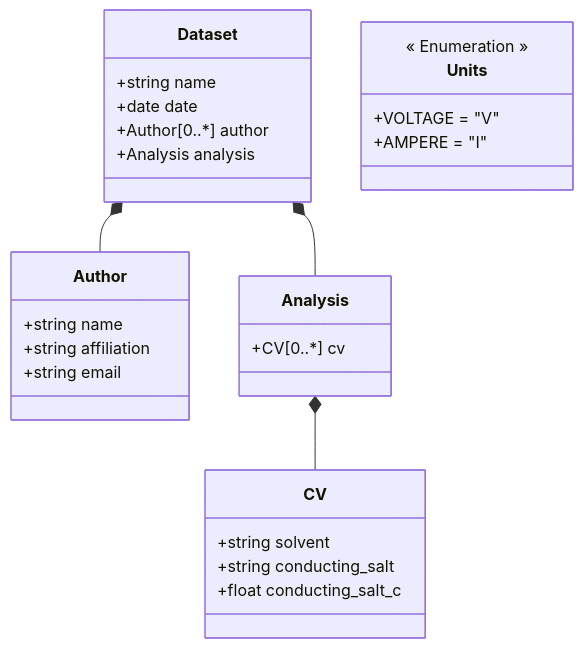
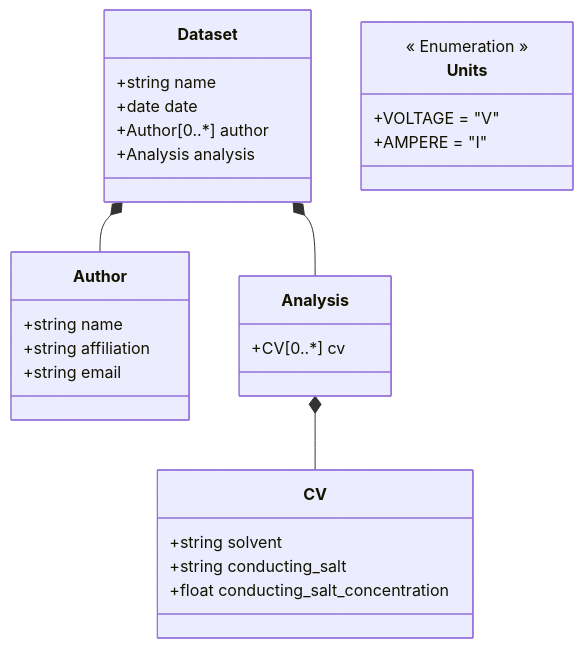
The diagram in ElectrochemistryDataModel/schemes/Datamodel for Electrochemistry.md (FAIRChemistry/datamodel-electrochemistry), drawn with Mermaid before and after one commit. The commit also changed 5 other files, not shown here.

````diff
--- a/ElectrochemistryDataModel/schemes/Datamodel for Electrochemistry.md
+++ b/ElectrochemistryDataModel/schemes/Datamodel for Electrochemistry.md
@@ -1,36 +1,36 @@
 ```mermaid
 classDiagram
     Dataset *-- Author
     Dataset *-- Analysis
     Analysis *-- CV
     
     class Dataset {
         +string name
         +date date
         +Author[0..*] author
         +Analysis analysis
     }
     
     class Analysis {
         +CV[0..*] cv
     }
     
     class CV {
         +string solvent
         +string conducting_salt
-        +float conducting_salt_c
+        +float conducting_salt_concentration
     }
     
     class Author {
         +string name
         +string affiliation
         +string email
     }
     
     class Units {
         << Enumeration >>
         +VOLTAGE = "V"
         +AMPERE = "I"
     }
     
 ```
````
